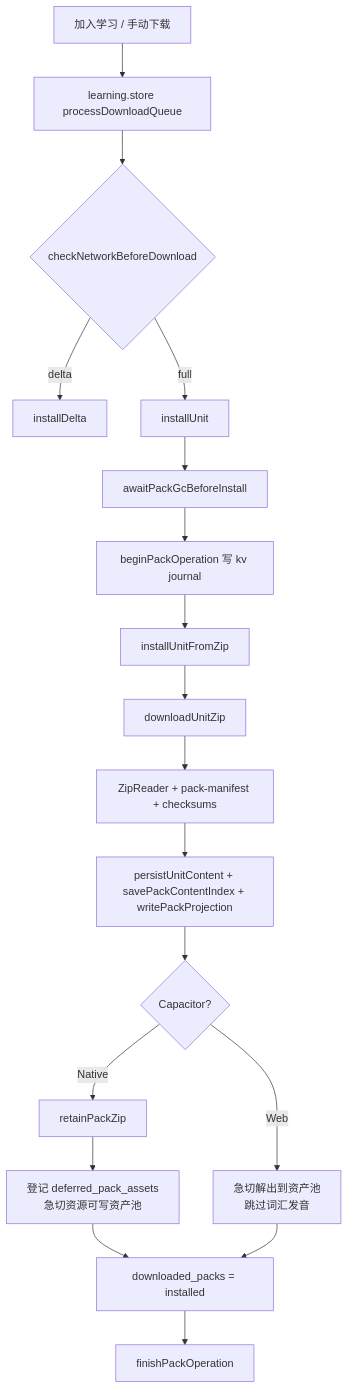
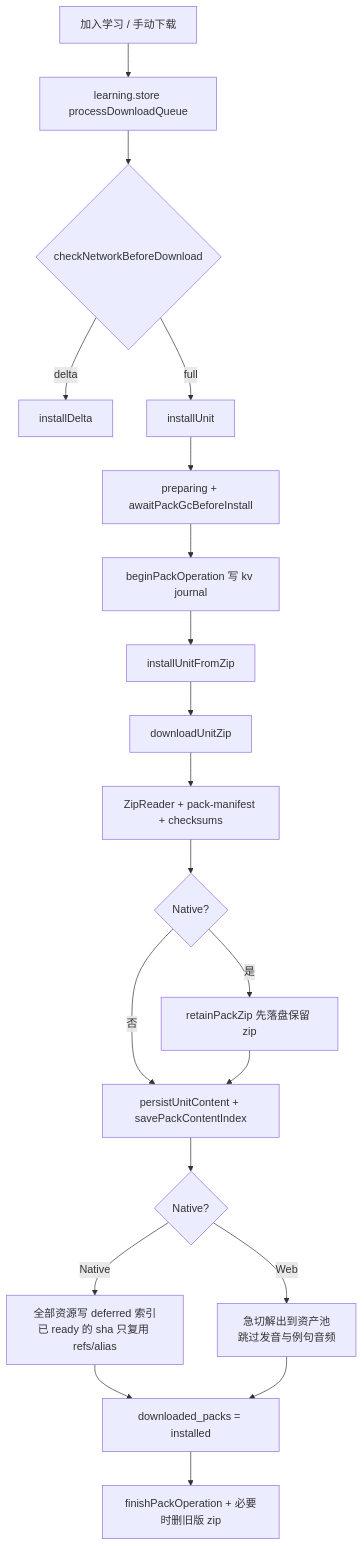
Before and after one commit to kirohuji/speakGuild: the fourth of 11 diagrams in docs/离线学习与沉浸式播放器手册.md, drawn with Mermaid. The commit also changed other lines of this file and 33 other files, not shown here.

````diff
--- a/docs/离线学习与沉浸式播放器手册.md
+++ b/docs/离线学习与沉浸式播放器手册.md
@@ -269,20 +281,22 @@
 ```mermaid
 flowchart TD
   UI[加入学习 / 手动下载] --> Q[learning.store processDownloadQueue]
   Q --> Net{checkNetworkBeforeDownload}
   Net -->|delta| Delta[installDelta]
   Net -->|full| Install[installUnit]
-  Install --> GC[awaitPackGcBeforeInstall]
-  GC --> Journal[beginPackOperation 写 kv journal]
+  Install --> Prep[preparing + awaitPackGcBeforeInstall]
+  Prep --> Journal[beginPackOperation 写 kv journal]
   Journal --> Zip[installUnitFromZip]
   Zip --> DL[downloadUnitZip]
   DL --> Parse[ZipReader + pack-manifest + checksums]
-  Parse --> Content[persistUnitContent + savePackContentIndex + writePackProjection]
-  Content --> Branch{Capacitor?}
-  Branch -->|Native| Retain[retainPackZip]
-  Retain --> Def[登记 deferred_pack_assets<br/>急切资源可写资产池]
-  Branch -->|Web| Eager[急切解出到资产池<br/>跳过词汇发音]
+  Parse --> RetainBranch{Native?}
+  RetainBranch -->|是| Retain[retainPackZip 先落盘保留 zip]
+  RetainBranch -->|否| Content
+  Retain --> Content[persistUnitContent + savePackContentIndex]
+  Content --> AssetBranch{Native?}
+  AssetBranch -->|Native| Def[全部资源写 deferred 索引<br/>已 ready 的 sha 只复用 refs/alias]
+  AssetBranch -->|Web| Eager[急切解出到资产池<br/>跳过发音与例句音频]
   Def --> Done[downloaded_packs = installed]
   Eager --> Done
-  Done --> Fin[finishPackOperation]
+  Done --> Fin[finishPackOperation + 必要时删旧版 zip]
 ```
````
